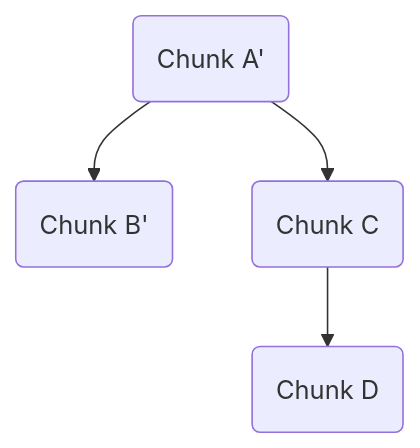
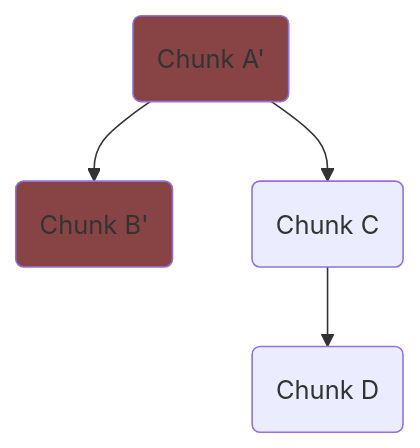
One commit to microsoft/FluidFramework changed the fifth of 21 diagrams in packages/dds/tree/docs/wip/treeStorage.md. Above: the diagram before and after it, drawn with Mermaid. The commit also changed other lines of this file, not shown here.

````diff
--- a/packages/dds/tree/docs/wip/treeStorage.md
+++ b/packages/dds/tree/docs/wip/treeStorage.md
@@ -120,10 +120,12 @@
 ```mermaid
 graph TD;
     A(Chunk A')
     B(Chunk B')
     C(Chunk C)
     D(Chunk D)
     A-->B
     A-->C
     C-->D
+    style A fill:#844
+    style B fill:#844
 ```
````
